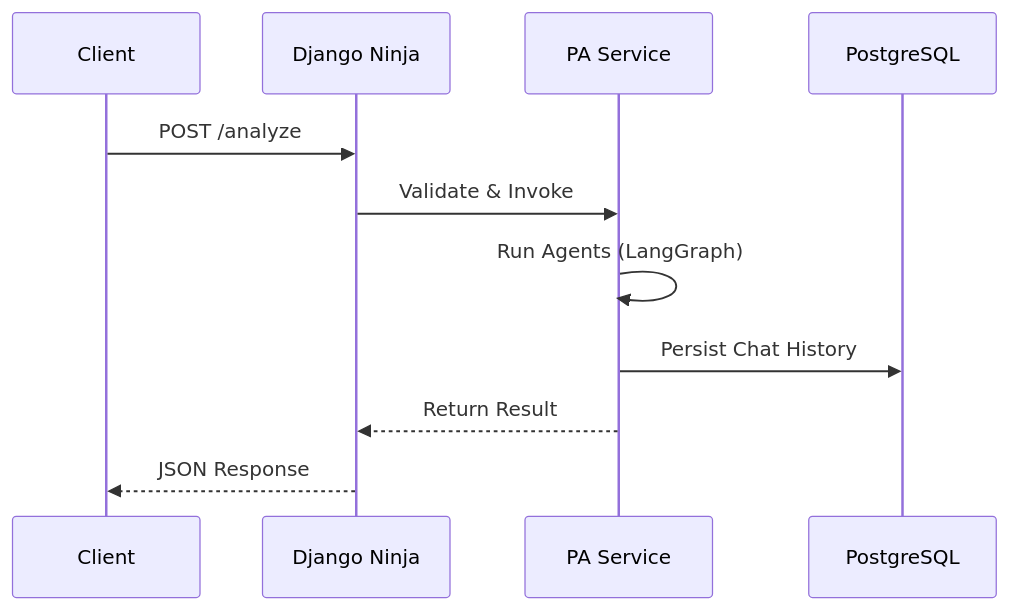
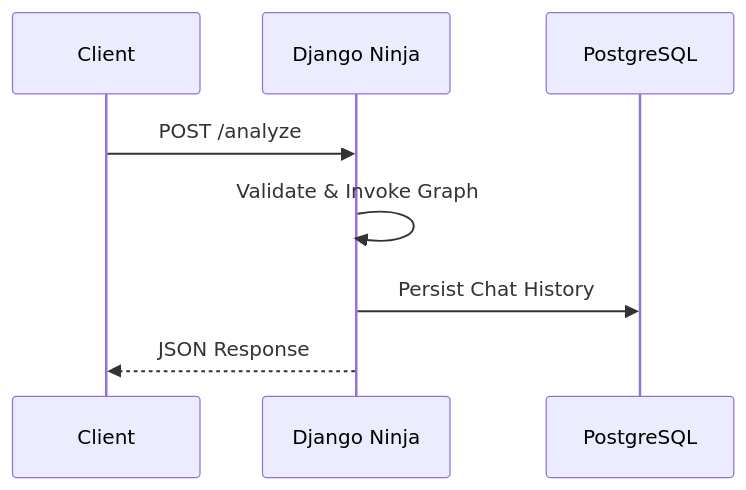
Before and after one commit to Apo-Eclipse/Grad: the second of 3 diagrams in README.md, drawn with Mermaid. The commit also changed other lines of this file and 66 other files, not shown here.

````diff
--- a/README.md
+++ b/README.md
@@ -70,14 +70,11 @@
 ```mermaid
 sequenceDiagram
     participant Client
     participant API as Django Ninja
-    participant Service as PA Service
     participant DB as PostgreSQL
 
     Client->>API: POST /analyze
-    API->>Service: Validate & Invoke
-    Service->>Service: Run Agents (LangGraph)
-    Service->>DB: Persist Chat History
-    Service-->>API: Return Result
+    API->>API: Validate & Invoke Graph
+    API->>DB: Persist Chat History
     API-->>Client: JSON Response
 ```
````
